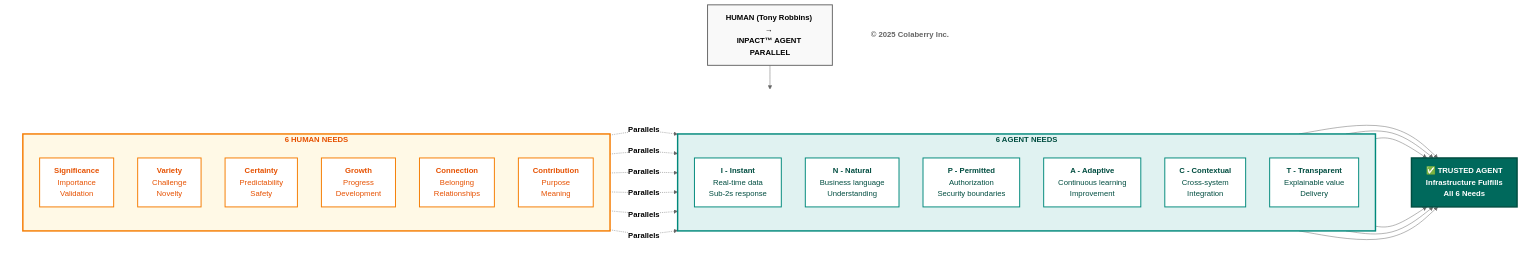
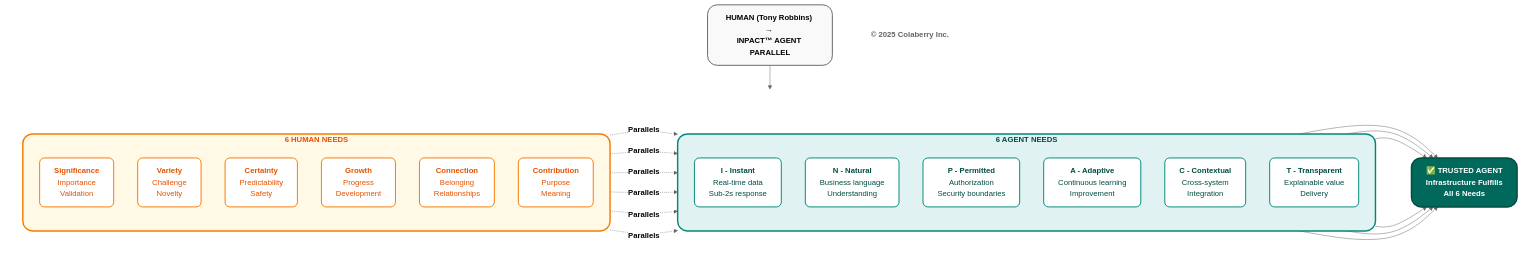
One commit to saitejesh-cyber/trust-before-intelligence-book changed the third of 12 diagrams in manuscript/03_chapter_2_inpact_framework.md. Above: the diagram before and after it, drawn with Mermaid (neutral theme). The commit also changed other lines of this file, not shown here.

````diff
--- a/manuscript/03_chapter_2_inpact_framework.md
+++ b/manuscript/03_chapter_2_inpact_framework.md
@@ -131,72 +131,72 @@
 ```mermaid
 graph TB
     TITLE["<b>HUMAN (Tony Robbins) → <br/>INPACT™ AGENT PARALLEL</b>"]
     
     TITLE --> ROW
     
     subgraph ROW[" "]
         direction LR
         
         subgraph HUMAN["<b>6 HUMAN NEEDS </b>"]
             direction TB
             H1["<b>Significance</b><br/>Importance<br/>Validation"]
             H2["<b>Variety</b><br/>Challenge<br/>Novelty"]
             H3["<b>Certainty</b><br/>Predictability<br/>Safety"]
             H4["<b>Growth</b><br/>Progress<br/>Development"]
             H5["<b>Connection</b><br/>Belonging<br/>Relationships"]
             H6["<b>Contribution</b><br/>Purpose<br/>Meaning"]
         end
         
         subgraph AGENT["<b>6 AGENT NEEDS</b>"]
             direction TB
             A1["<b>I - Instant</b><br/>Real-time data<br/>Sub-2s response"]
             A2["<b>N - Natural</b><br/>Business language<br/>Understanding"]
             A3["<b>P - Permitted</b><br/>Authorization<br/>Security boundaries"]
             A4["<b>A - Adaptive</b><br/>Continuous learning<br/>Improvement"]
             A5["<b>C - Contextual</b><br/>Cross-system<br/>Integration"]
             A6["<b>T - Transparent</b><br/>Explainable value<br/>Delivery"]
         end
         
         TRUST["<b>✅ TRUSTED AGENT</b><br/><b>Infrastructure Fulfills <br/>All 6 Needs</b>"]
         
         H1 -.->|<b>Parallels</b>| A1
         H2 -.->|<b>Parallels</b>| A2
         H3 -.->|<b>Parallels</b>| A3
         H4 -.->|<b>Parallels</b>| A4
         H5 -.->|<b>Parallels</b>| A5
         H6 -.->|<b>Parallels</b>| A6
         
         A1 --> TRUST
         A2 --> TRUST
         A3 --> TRUST
         A4 --> TRUST
         A5 --> TRUST
         A6 --> TRUST
     end
     
     COPYRIGHT["<b>© 2025 Colaberry Inc.</b>"]
     
-    style TITLE fill:#f9f9f9,stroke:#666666,stroke-width:2px,color:#000000
+    style TITLE fill:#f9f9f9,stroke:#666666,stroke-width:2px,color:#000000,rx:2O,ry:20
     
     style ROW fill:#ffffff,stroke:none
     
-    style HUMAN fill:#fff9e6,stroke:#f57c00,stroke-width:3px,color:#e65100
-    style H1 fill:#ffffff,stroke:#f57c00,stroke-width:2px,color:#e65100
-    style H2 fill:#ffffff,stroke:#f57c00,stroke-width:2px,color:#e65100
-    style H3 fill:#ffffff,stroke:#f57c00,stroke-width:2px,color:#e65100
-    style H4 fill:#ffffff,stroke:#f57c00,stroke-width:2px,color:#e65100
-    style H5 fill:#ffffff,stroke:#f57c00,stroke-width:2px,color:#e65100
-    style H6 fill:#ffffff,stroke:#f57c00,stroke-width:2px,color:#e65100
+    style HUMAN fill:#fff9e6,stroke:#f57c00,stroke-width:3px,color:#e65100,rx:2O,ry:20
+    style H1 fill:#ffffff,stroke:#f57c00,stroke-width:2px,color:#e65100,rx:1O,ry:10
+    style H2 fill:#ffffff,stroke:#f57c00,stroke-width:2px,color:#e65100,rx:1O,ry:10
+    style H3 fill:#ffffff,stroke:#f57c00,stroke-width:2px,color:#e65100,rx:1O,ry:10
+    style H4 fill:#ffffff,stroke:#f57c00,stroke-width:2px,color:#e65100,rx:1O,ry:10
+    style H5 fill:#ffffff,stroke:#f57c00,stroke-width:2px,color:#e65100,rx:1O,ry:10
+    style H6 fill:#ffffff,stroke:#f57c00,stroke-width:2px,color:#e65100,rx:1O,ry:10
     
-    style AGENT fill:#e0f2f1,stroke:#00897b,stroke-width:3px,color:#004d40
-    style A1 fill:#ffffff,stroke:#00897b,stroke-width:2px,color:#004d40
-    style A2 fill:#ffffff,stroke:#00897b,stroke-width:2px,color:#004d40
-    style A3 fill:#ffffff,stroke:#00897b,stroke-width:2px,color:#004d40
-    style A4 fill:#ffffff,stroke:#00897b,stroke-width:2px,color:#004d40
-    style A5 fill:#ffffff,stroke:#00897b,stroke-width:2px,color:#004d40
-    style A6 fill:#ffffff,stroke:#00897b,stroke-width:2px,color:#004d40
+    style AGENT fill:#e0f2f1,stroke:#00897b,stroke-width:3px,color:#004d40,rx:2O,ry:20
+    style A1 fill:#ffffff,stroke:#00897b,stroke-width:2px,color:#004d40,rx:1O,ry:10
+    style A2 fill:#ffffff,stroke:#00897b,stroke-width:2px,color:#004d40,rx:1O,ry:10
+    style A3 fill:#ffffff,stroke:#00897b,stroke-width:2px,color:#004d40,rx:1O,ry:10
+    style A4 fill:#ffffff,stroke:#00897b,stroke-width:2px,color:#004d40,rx:1O,ry:10
+    style A5 fill:#ffffff,stroke:#00897b,stroke-width:2px,color:#004d40,rx:1O,ry:10
+    style A6 fill:#ffffff,stroke:#00897b,stroke-width:2px,color:#004d40,rx:1O,ry:10
     
-    style TRUST fill:#00695c,color:#ffffff,stroke:#004d40,stroke-width:3px
+    style TRUST fill:#00695c,color:#ffffff,stroke:#004d40,stroke-width:3px,rx:2O,ry:20
     
     style COPYRIGHT fill:#ffffff,stroke:none,color:#666666
 ```
````
